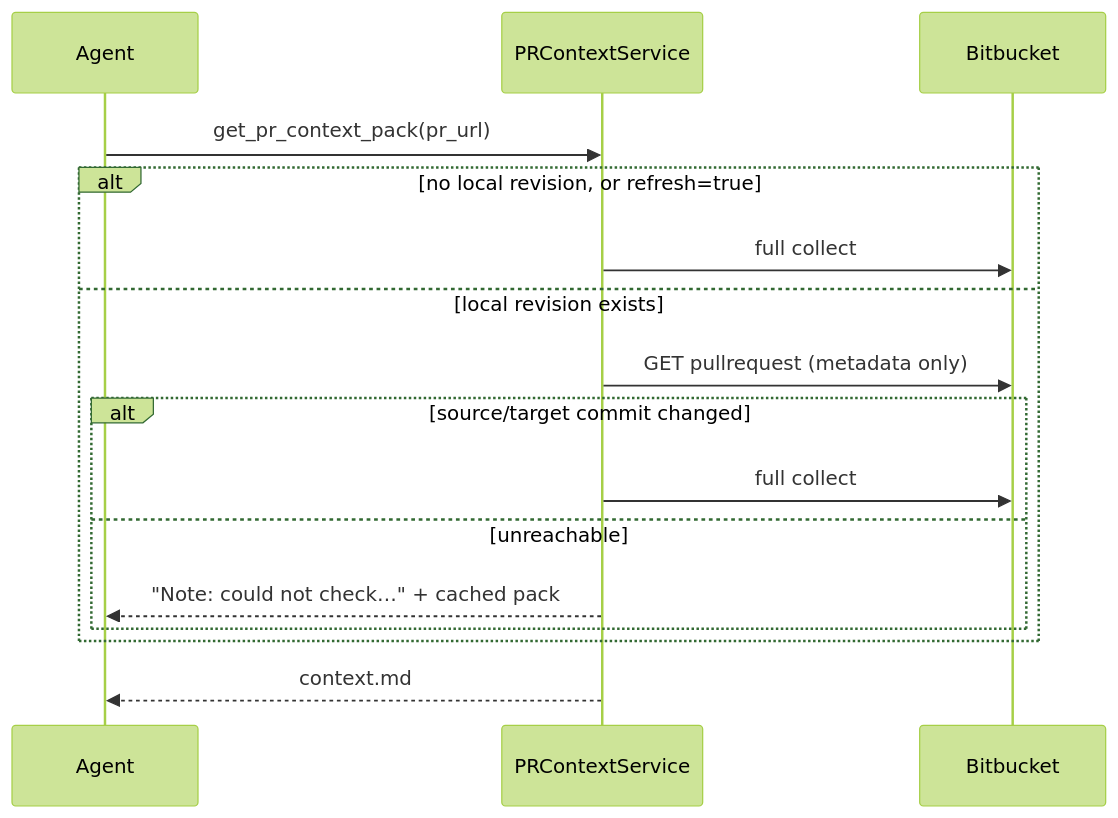
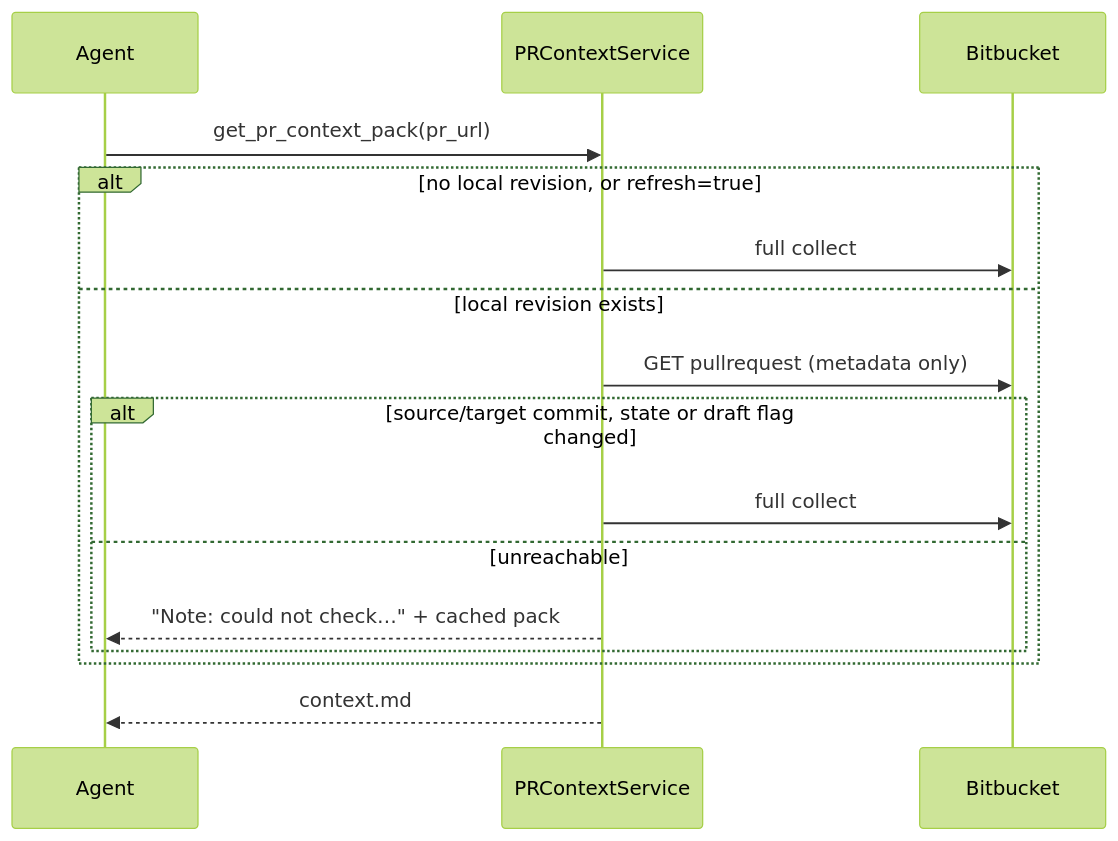
One commit to Ninh-Duong/mcp-pr-companion changed the second of 2 diagrams in docs/ARCHITECTURE.md. Above: the diagram before and after it, drawn with Mermaid (forest theme). The commit also changed other lines of this file and 39 other files, not shown here.

````diff
--- a/docs/ARCHITECTURE.md
+++ b/docs/ARCHITECTURE.md
@@ -79,18 +80,18 @@
 ```mermaid
 sequenceDiagram
     participant Agent
     participant S as PRContextService
     participant BB as Bitbucket
     Agent->>S: get_pr_context_pack(pr_url)
     alt no local revision, or refresh=true
         S->>BB: full collect
     else local revision exists
         S->>BB: GET pullrequest (metadata only)
-        alt source/target commit changed
+        alt source/target commit, state or draft flag changed
             S->>BB: full collect
         else unreachable
             S-->>Agent: "Note: could not check…" + cached pack
         end
     end
     S-->>Agent: context.md
 ```
````
